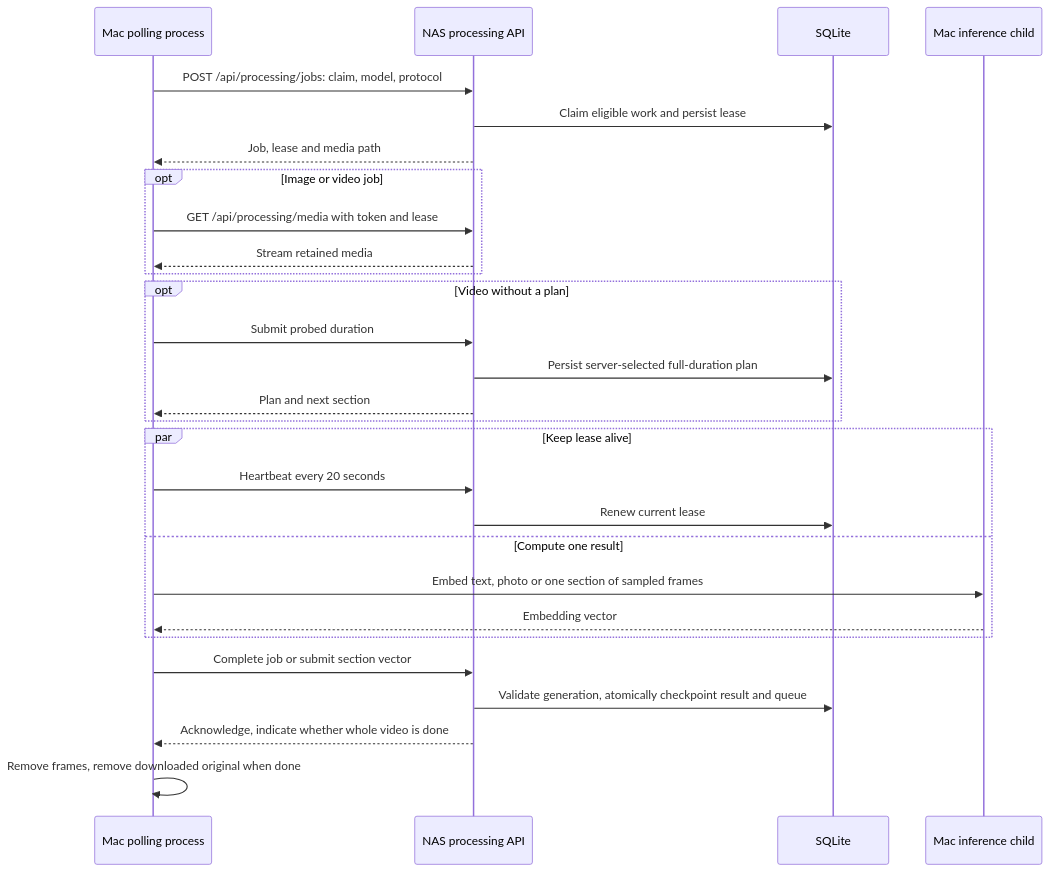
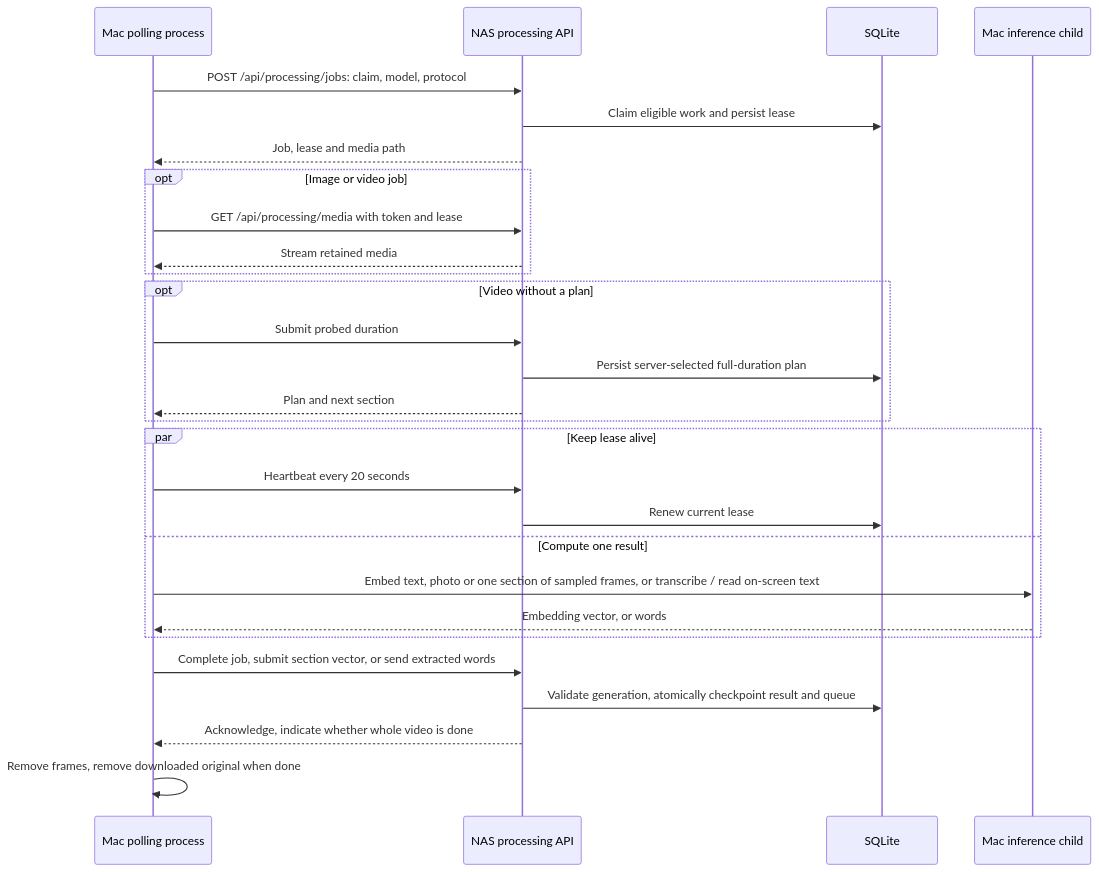
One commit to itsmemeworks/adhx changed the third of 4 diagrams in docs/remote-processing.md. Above: the diagram before and after it, drawn with Mermaid. The commit also changed other lines of this file and 60 other files, not shown here.

First line of the commit message:
feat: search what's said in videos and the text on screen

````diff
--- a/docs/remote-processing.md
+++ b/docs/remote-processing.md
@@ -114,31 +116,31 @@
 ```mermaid
 sequenceDiagram
   participant R as Mac polling process
   participant A as NAS processing API
   participant D as SQLite
   participant C as Mac inference child
 
   R->>A: POST /api/processing/jobs: claim, model, protocol
   A->>D: Claim eligible work and persist lease
   A-->>R: Job, lease and media path
   opt Image or video job
     R->>A: GET /api/processing/media with token and lease
     A-->>R: Stream retained media
   end
   opt Video without a plan
     R->>A: Submit probed duration
     A->>D: Persist server-selected full-duration plan
     A-->>R: Plan and next section
   end
   par Keep lease alive
     R->>A: Heartbeat every 20 seconds
     A->>D: Renew current lease
   and Compute one result
-    R->>C: Embed text, photo or one section of sampled frames
-    C-->>R: Embedding vector
+    R->>C: Embed text, photo or one section of sampled frames, or transcribe / read on-screen text
+    C-->>R: Embedding vector, or words
   end
-  R->>A: Complete job or submit section vector
+  R->>A: Complete job, submit section vector, or send extracted words
   A->>D: Validate generation, atomically checkpoint result and queue
   A-->>R: Acknowledge, indicate whether whole video is done
   R->>R: Remove frames, remove downloaded original when done
 ```
````
